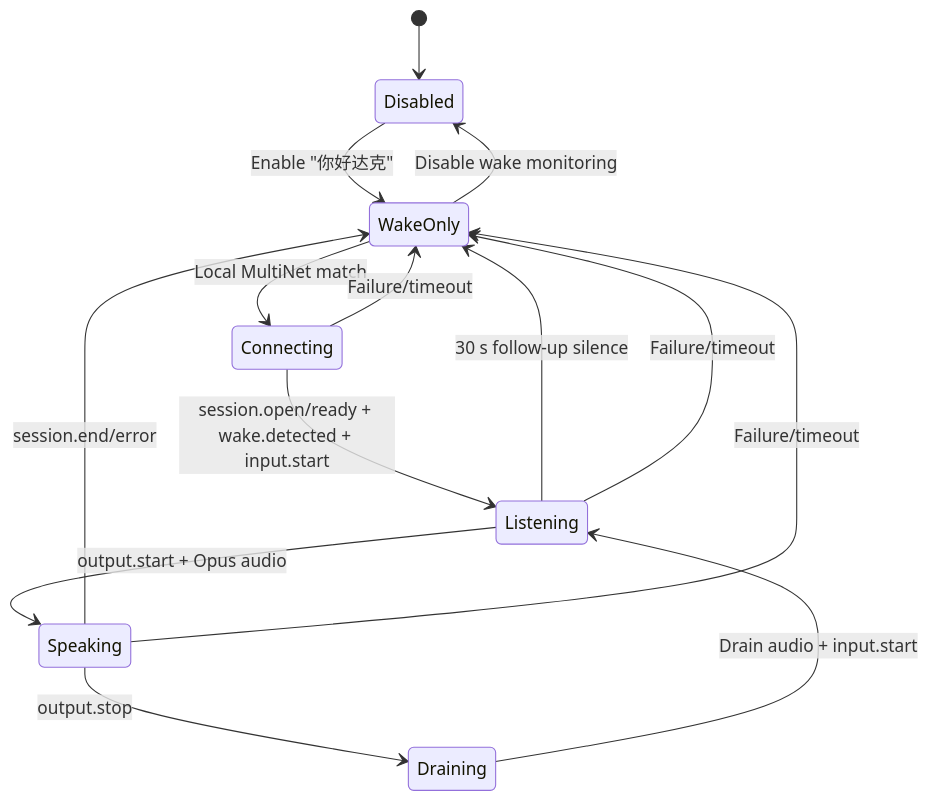
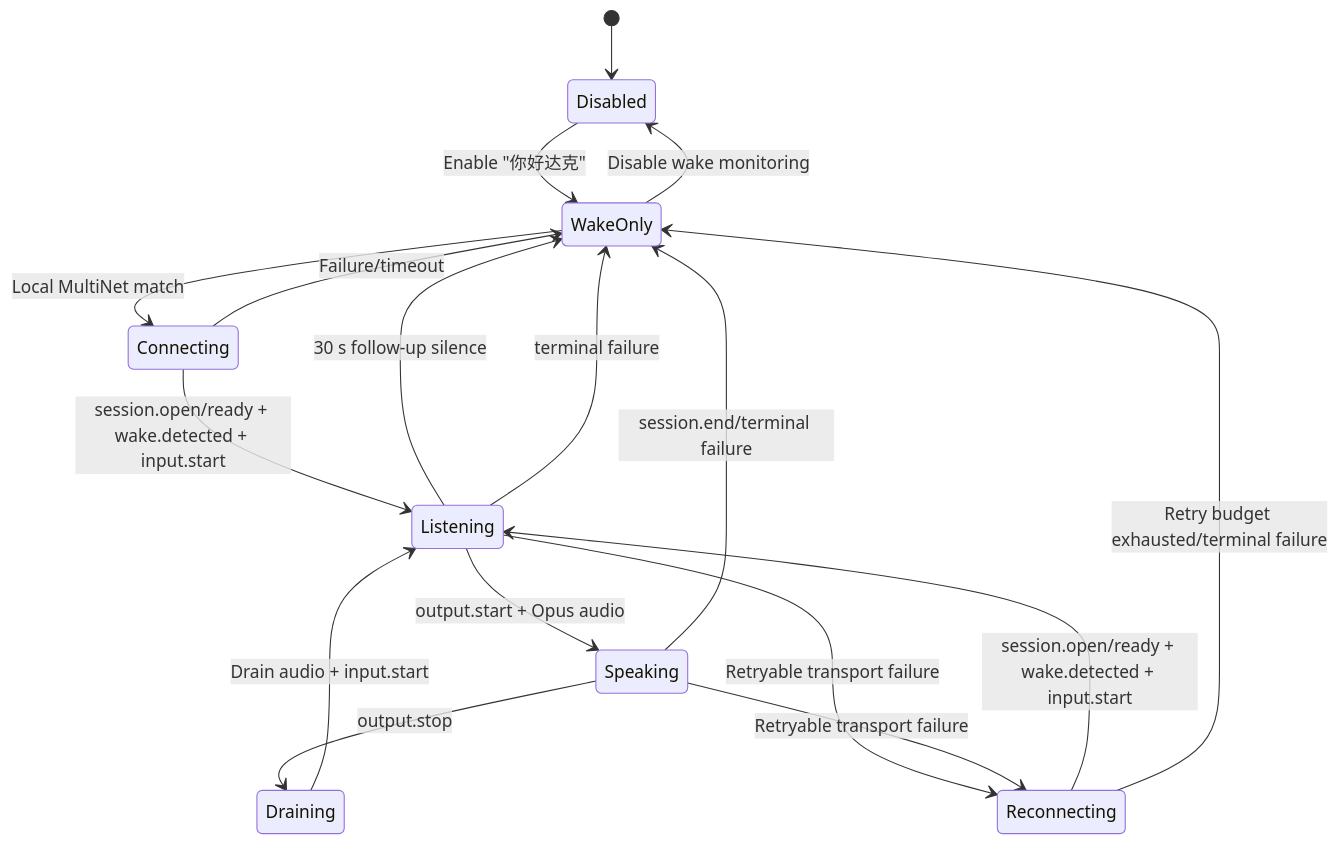
Before and after one commit to rymcu/rodakos: the diagram in docs/voice-assistant.md, drawn with Mermaid. The commit also changed other lines of this file and 3 other files, not shown here.

````diff
--- a/docs/voice-assistant.md
+++ b/docs/voice-assistant.md
@@ -26,16 +36,19 @@
 ```mermaid
 stateDiagram-v2
   [*] --> Disabled
   Disabled --> WakeOnly: Enable "你好达克"
   WakeOnly --> Connecting: Local MultiNet match
   Connecting --> Listening: session.open/ready + wake.detected + input.start
   Listening --> Speaking: output.start + Opus audio
   Speaking --> Draining: output.stop
   Draining --> Listening: Drain audio + input.start
   Listening --> WakeOnly: 30 s follow-up silence
-  Speaking --> WakeOnly: session.end/error
+  Listening --> WakeOnly: terminal failure
+  Speaking --> WakeOnly: session.end/terminal failure
   Connecting --> WakeOnly: Failure/timeout
-  Listening --> WakeOnly: Failure/timeout
-  Speaking --> WakeOnly: Failure/timeout
+  Listening --> Reconnecting: Retryable transport failure
+  Speaking --> Reconnecting: Retryable transport failure
+  Reconnecting --> Listening: session.open/ready + wake.detected + input.start
+  Reconnecting --> WakeOnly: Retry budget exhausted/terminal failure
   WakeOnly --> Disabled: Disable wake monitoring
 ```
````
